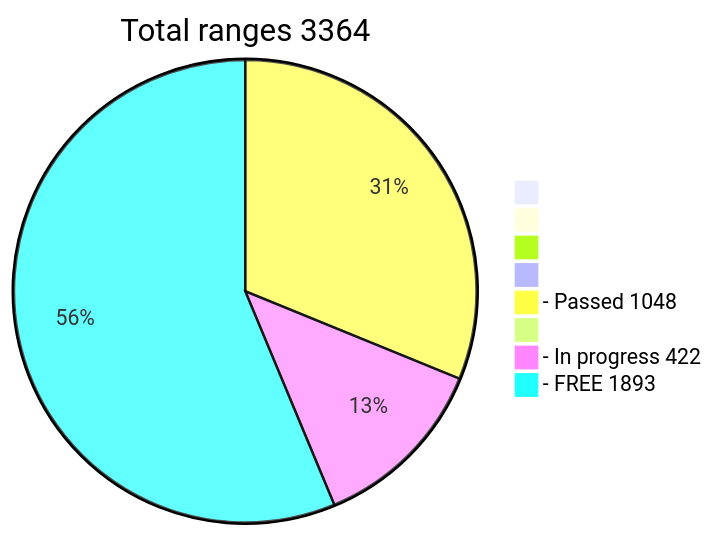
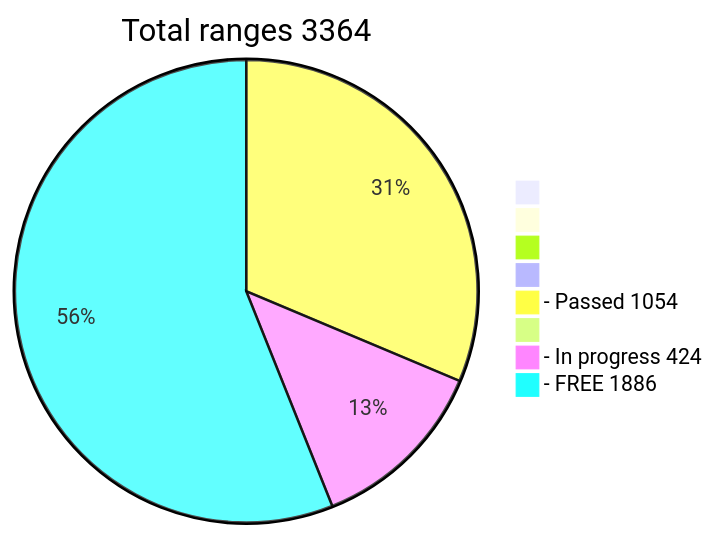
One commit to phrutis/wif500 changed the diagram in README.md. Above: the diagram before and after it, drawn with Mermaid.

````diff
--- a/README.md
+++ b/README.md
@@ -16,12 +16,12 @@
 ```mermaid
 pie title Total ranges 3364
              " " : 0
             "  " : 0
            "   " : 0
           "    " : 0
-  "- Passed 1048" : 1048
+  "- Passed 1054" : 1054
          "     " : 0
-  "- In progress 422" : 422
-   "- FREE 1893" : 1893
+  "- In progress 424" : 424
+   "- FREE 1886" : 1886
    
 ```
````
